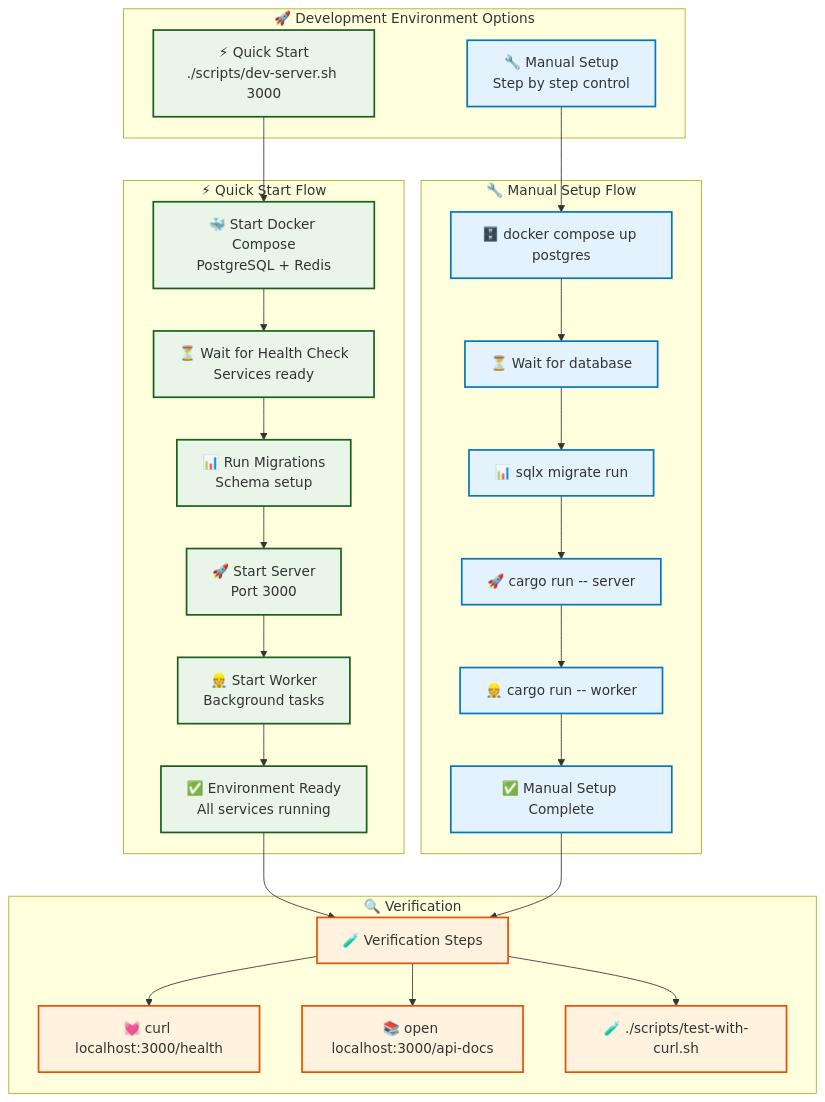
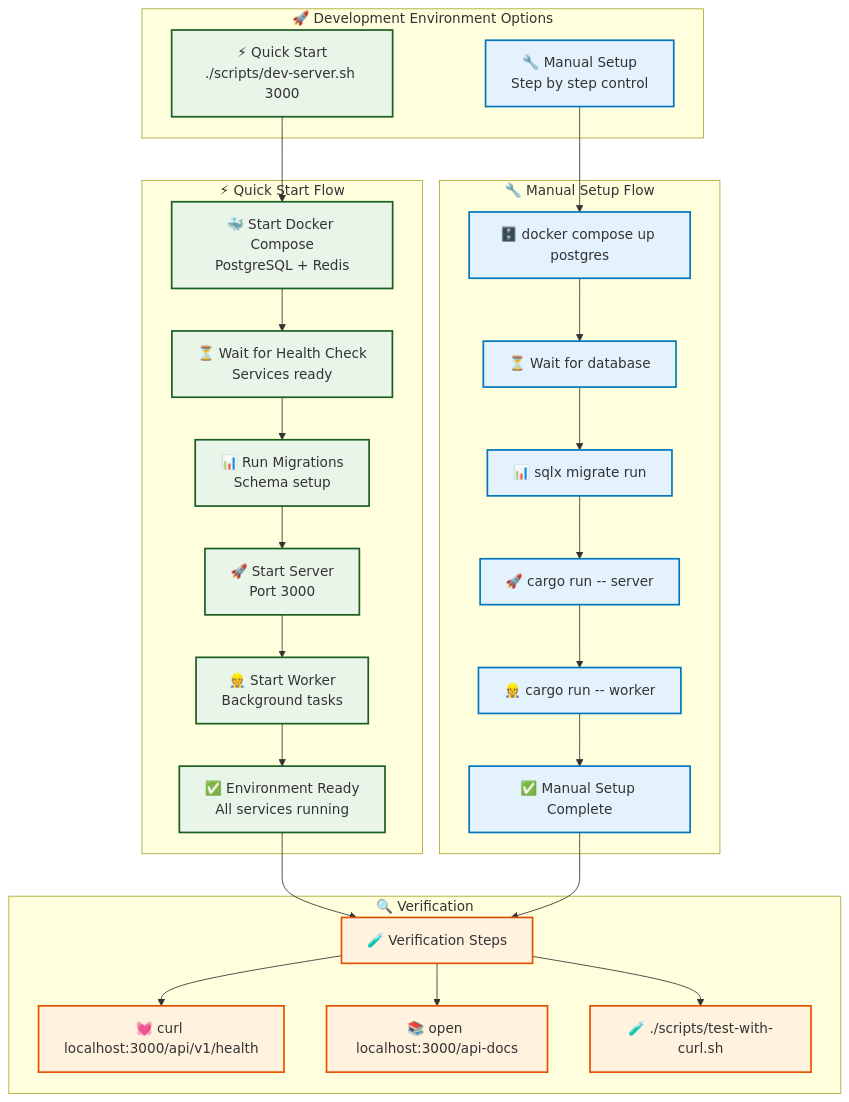
The diagram in docs/development.md (quanhua92/rust-fullstack-starter), drawn with Mermaid before and after one commit. The commit also changed other lines of this file and 37 other files, not shown here.

````diff
--- a/docs/development.md
+++ b/docs/development.md
@@ -7,47 +7,47 @@
 ```mermaid
 graph TB
     subgraph "🚀 Development Environment Options"
         QUICK[⚡ Quick Start<br/>./scripts/dev-server.sh 3000]
         MANUAL[🔧 Manual Setup<br/>Step by step control]
     end
     
     subgraph "⚡ Quick Start Flow"
         QUICK --> Q1[🐳 Start Docker Compose<br/>PostgreSQL + Redis]
         Q1 --> Q2[⏳ Wait for Health Check<br/>Services ready]
         Q2 --> Q3[📊 Run Migrations<br/>Schema setup]
         Q3 --> Q4[🚀 Start Server<br/>Port 3000]
         Q4 --> Q5[👷 Start Worker<br/>Background tasks]
         Q5 --> Q6[✅ Environment Ready<br/>All services running]
     end
     
     subgraph "🔧 Manual Setup Flow"
         MANUAL --> M1[🗄️ docker compose up postgres]
         M1 --> M2[⏳ Wait for database]
         M2 --> M3[📊 sqlx migrate run]
         M3 --> M4[🚀 cargo run -- server]
         M4 --> M5[👷 cargo run -- worker]
         M5 --> M6[✅ Manual Setup Complete]
     end
     
     subgraph "🔍 Verification"
         VERIFY[🧪 Verification Steps]
-        V1[💓 curl localhost:3000/health]
+        V1[💓 curl localhost:3000/api/v1/health]
         V2[📚 open localhost:3000/api-docs]
         V3[🧪 ./scripts/test-with-curl.sh]
         
         VERIFY --> V1
         VERIFY --> V2
         VERIFY --> V3
     end
     
     Q6 --> VERIFY
     M6 --> VERIFY
     
     classDef quickBox fill:#e8f5e8,stroke:#1b5e20,stroke-width:2px
     classDef manualBox fill:#e3f2fd,stroke:#0277bd,stroke-width:2px
     classDef verifyBox fill:#fff3e0,stroke:#e65100,stroke-width:2px
     
     class QUICK,Q1,Q2,Q3,Q4,Q5,Q6 quickBox
     class MANUAL,M1,M2,M3,M4,M5,M6 manualBox
     class VERIFY,V1,V2,V3 verifyBox
 ```
````
